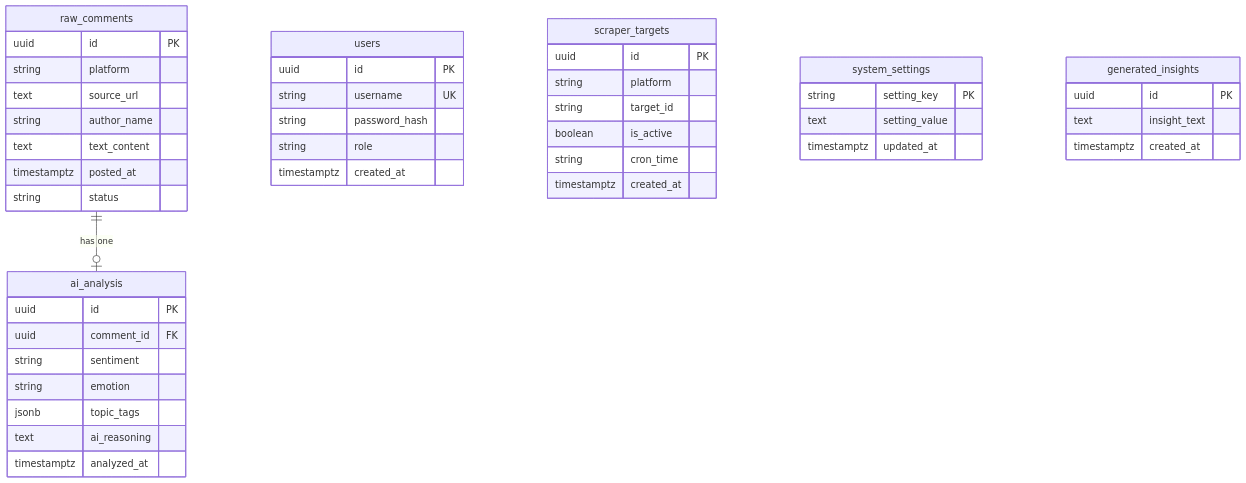
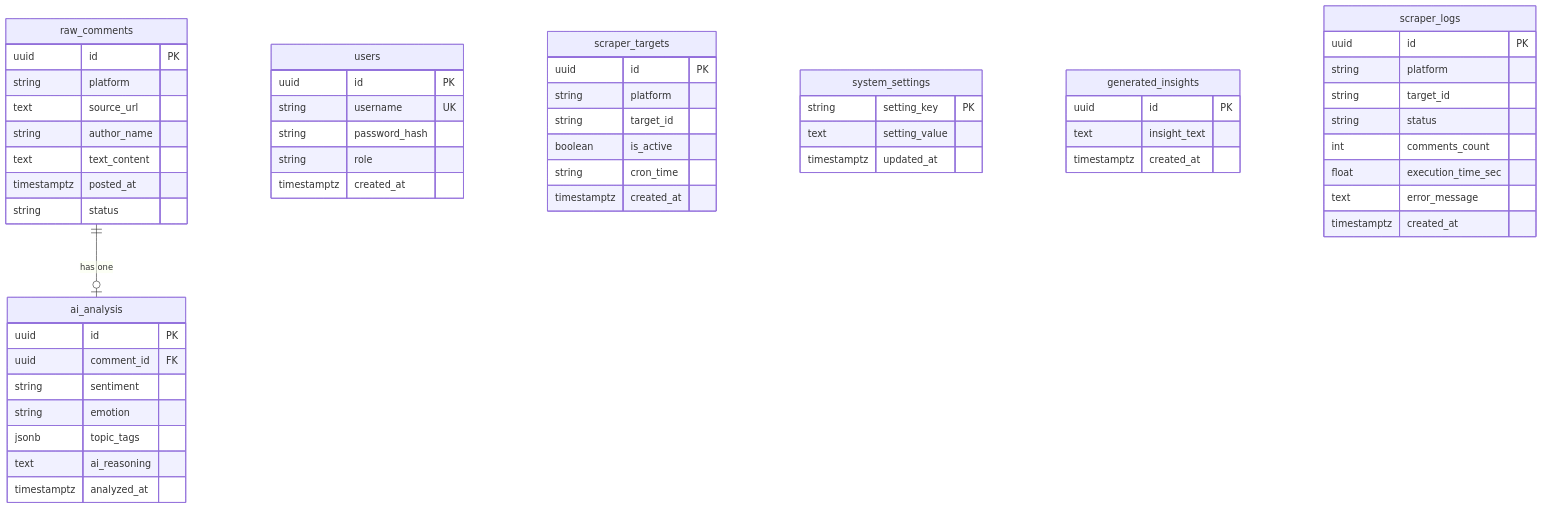
One commit to pustaka-ut-penelitian/si-sora changed the diagram in docs/database.md. Above: the diagram before and after it, drawn with Mermaid. The commit also changed other lines of this file and 32 other files, not shown here.

````diff
--- a/docs/database.md
+++ b/docs/database.md
@@ -13,47 +13,57 @@
 ```mermaid
 erDiagram
     raw_comments ||--o| ai_analysis : "has one"
     raw_comments {
         uuid id PK
         string platform
         text source_url
         string author_name
         text text_content
         timestamptz posted_at
         string status
     }
     ai_analysis {
         uuid id PK
         uuid comment_id FK
         string sentiment
         string emotion
         jsonb topic_tags
         text ai_reasoning
         timestamptz analyzed_at
     }
     users {
         uuid id PK
         string username UK
         string password_hash
         string role
         timestamptz created_at
     }
     scraper_targets {
         uuid id PK
         string platform
         string target_id
         boolean is_active
         string cron_time
         timestamptz created_at
     }
     system_settings {
         string setting_key PK
         text setting_value
         timestamptz updated_at
     }
     generated_insights {
         uuid id PK
         text insight_text
         timestamptz created_at
     }
+    scraper_logs {
+        uuid id PK
+        string platform
+        string target_id
+        string status
+        int comments_count
+        float execution_time_sec
+        text error_message
+        timestamptz created_at
+    }
 ```
````
